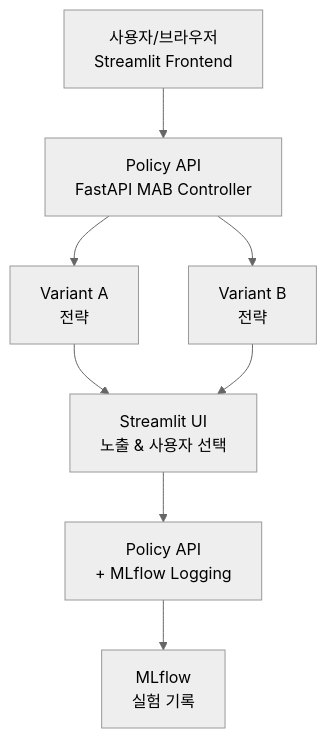
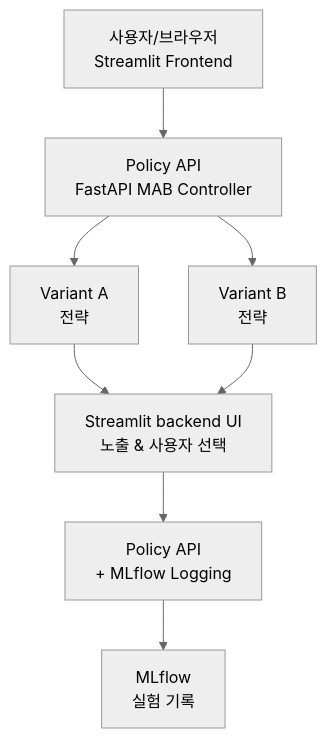
The diagram in README.md (sun129129/ABTEST-STREAMIT-movie), drawn with Mermaid (neutral theme) before and after one commit. The commit also changed other lines of this file, not shown here.

````diff
--- a/README.md
+++ b/README.md
@@ -29,10 +29,10 @@
 ```mermaid
 graph TD
     A[사용자/브라우저<br/>Streamlit Frontend] --> B[Policy API<br/>FastAPI MAB Controller]
     B --> C[Variant A<br/>전략]
     B --> D[Variant B<br/>전략]
-    C --> E[Streamlit UI<br/>노출 & 사용자 선택]
+    C --> E[Streamlit backend UI<br/>노출 & 사용자 선택]
     D --> E
     E --> F[Policy API<br/>+ MLflow Logging]
     F --> G[MLflow<br/>실험 기록]
 ```
````
